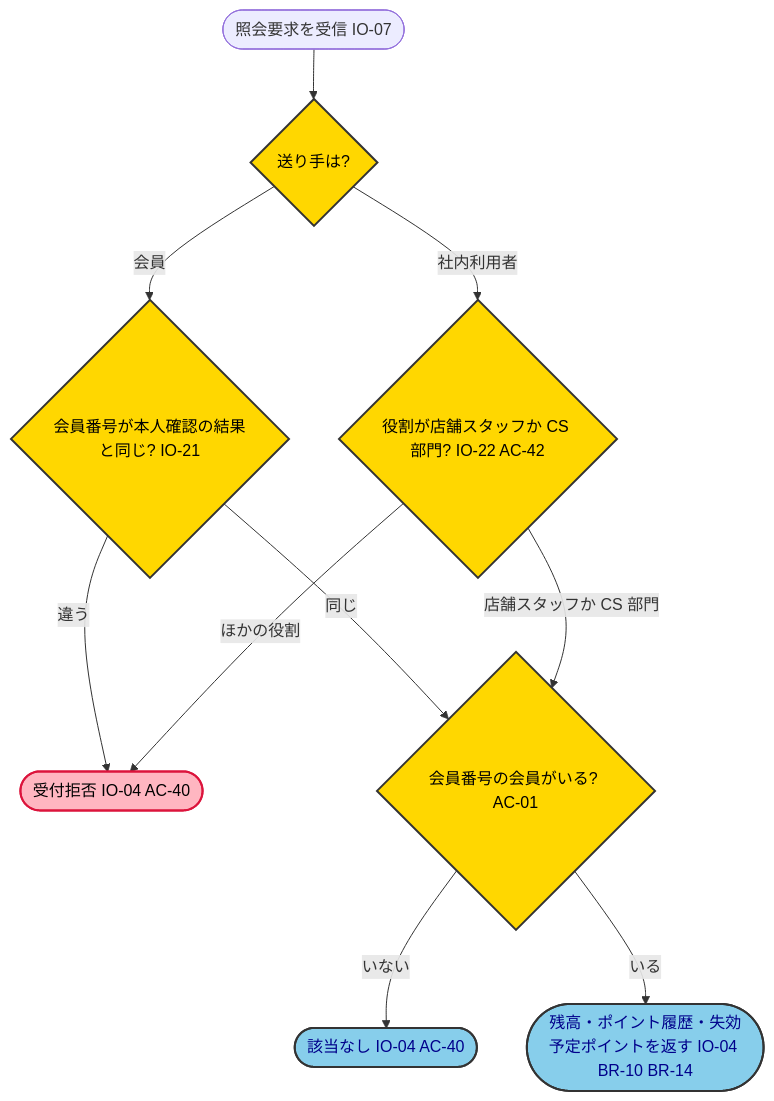
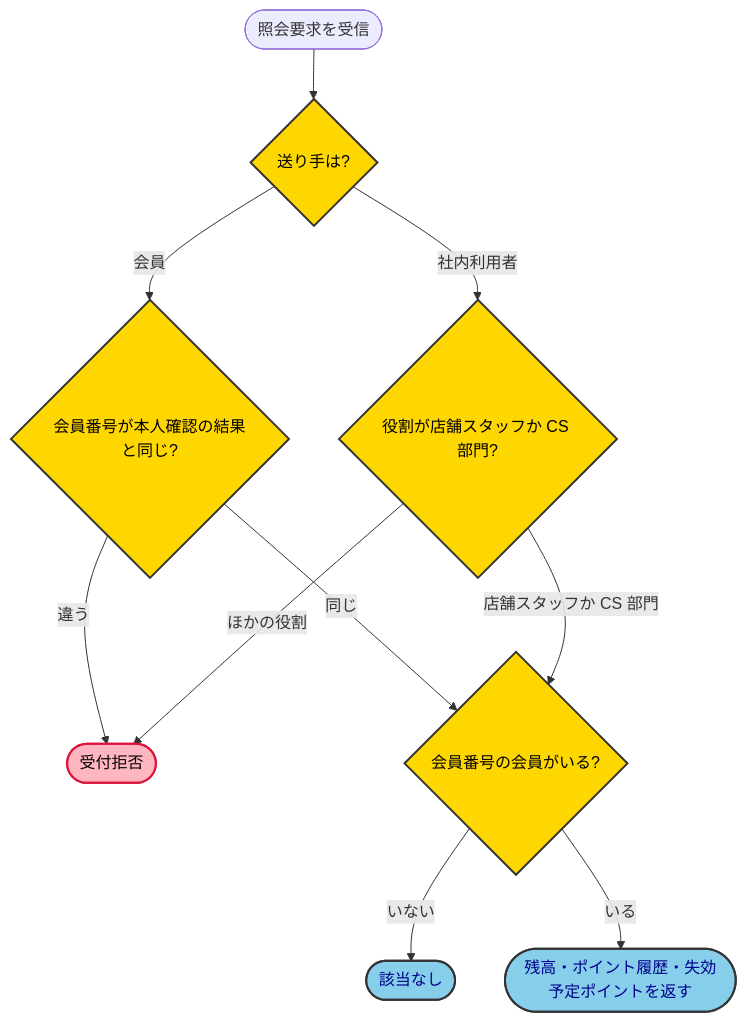
The seventh of 9 diagrams in samples/docs/requirements-detail.md (kasiopeiya/claude-dev-template), drawn with Mermaid before and after one commit. The commit also changed other lines of this file, not shown here.

First line of the commit message:
docs: 手本のアクティビティ図から BR・AC・IO の ID を外す (#1977)

````diff
--- a/samples/docs/requirements-detail.md
+++ b/samples/docs/requirements-detail.md
@@ -683,19 +683,19 @@
 ```mermaid
 flowchart TD
-    start(["照会要求を受信 IO-07"]) --> who{"送り手は?"}
-    who -->|会員| self{"会員番号が本人確認の結果と同じ? IO-21"}
-    who -->|社内利用者| role{"役割が店舗スタッフか CS 部門? IO-22 AC-42"}
-    self -->|違う| deny(["受付拒否 IO-04 AC-40"])
+    start(["照会要求を受信"]) --> who{"送り手は?"}
+    who -->|会員| self{"会員番号が本人確認の結果と同じ?"}
+    who -->|社内利用者| role{"役割が店舗スタッフか CS 部門?"}
+    self -->|違う| deny(["受付拒否"])
     role -->|ほかの役割| deny
-    self -->|同じ| found{"会員番号の会員がいる? AC-01"}
+    self -->|同じ| found{"会員番号の会員がいる?"}
     role -->|店舗スタッフか CS 部門| found
-    found -->|いない| none(["該当なし IO-04 AC-40"])
-    found -->|いる| ok(["残高・ポイント履歴・失効予定ポイントを返す IO-04 BR-10 BR-14"])
+    found -->|いない| none(["該当なし"])
+    found -->|いる| ok(["残高・ポイント履歴・失効予定ポイントを返す"])
 
     classDef decision fill:#FFD700,stroke:#333,stroke-width:2px,color:black
     classDef result fill:#87CEEB,stroke:#333,stroke-width:2px,color:darkblue
     classDef error fill:#FFB6C1,stroke:#DC143C,stroke-width:2px,color:black
     class who,self,role,found decision
     class ok,none result
     class deny error
 ```
````
